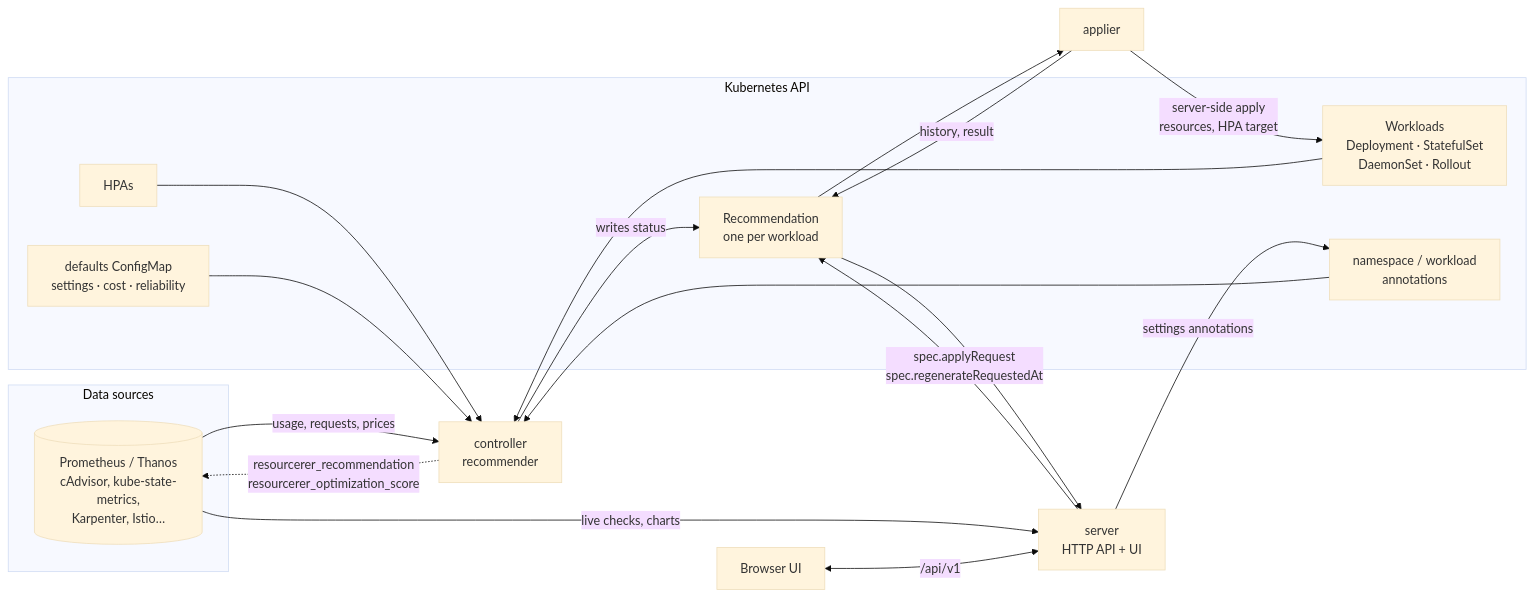
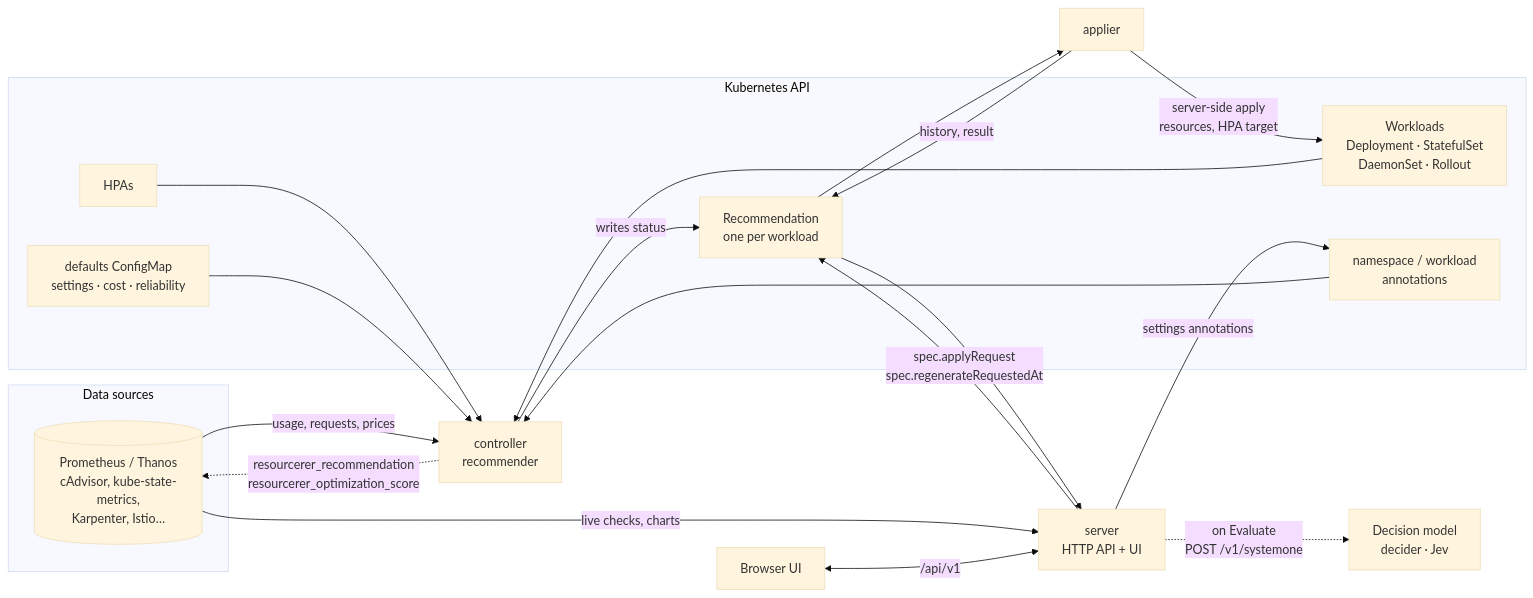
The first of 12 diagrams in docs/architecture.md (gjbravi/resourcerer), drawn with Mermaid (base theme) before and after one commit. The commit also changed other lines of this file and 67 other files, not shown here.

Commit message:
feat(decision): ask a decision model for a second opinion on applying (#59)

````diff
--- a/docs/architecture.md
+++ b/docs/architecture.md
@@ -16,35 +16,37 @@
 ```mermaid
 flowchart LR
     subgraph sources[Data sources]
         prom[(Prometheus / Thanos<br/>cAdvisor, kube-state-metrics,<br/>Karpenter, Istio…)]
     end
 
     subgraph k8s[Kubernetes API]
         wl[Workloads<br/>Deployment · StatefulSet<br/>DaemonSet · Rollout]
         hpa[HPAs]
         cm[defaults ConfigMap<br/>settings · cost · reliability]
         rec[Recommendation<br/>one per workload]
         ann[namespace / workload<br/>annotations]
     end
 
     controller[controller<br/>recommender]
     applier[applier]
     server[server<br/>HTTP API + UI]
     ui[Browser UI]
+    model[Decision model<br/>decider · Jev]
 
     prom -->|usage, requests, prices| controller
     prom -->|live checks, charts| server
     wl --> controller
     hpa --> controller
     cm --> controller
     ann --> controller
     controller -->|writes status| rec
     rec --> applier
     applier -->|server-side apply<br/>resources, HPA target| wl
     applier -->|history, result| rec
     rec --> server
     server -->|spec.applyRequest<br/>spec.regenerateRequestedAt| rec
     server -->|settings annotations| ann
     ui <-->|/api/v1| server
+    server -.->|on Evaluate<br/>POST /v1/systemone| model
     controller -.->|resourcerer_recommendation<br/>resourcerer_optimization_score| prom
 ```
````
